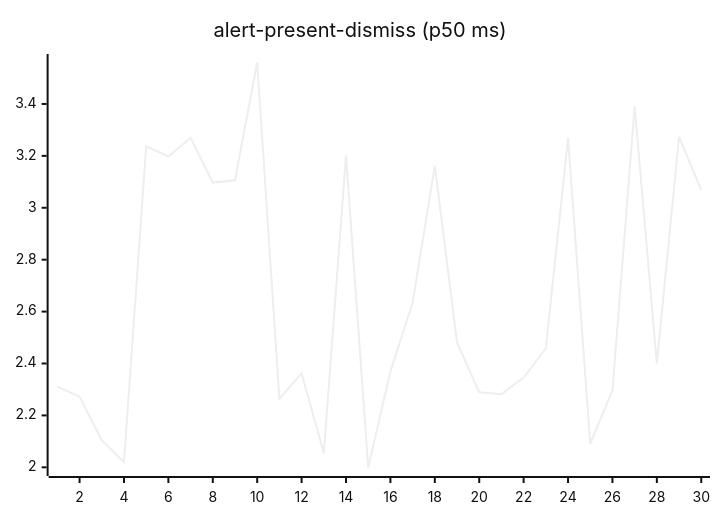
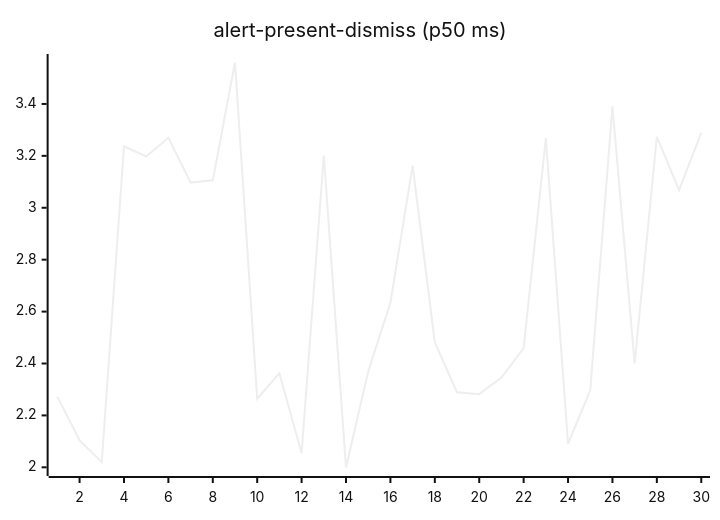
One commit to josha/Facet changed the second of 27 diagrams in README.md. Above: the diagram before and after it, drawn with Mermaid (neutral theme). The commit also changed other lines of this file and 2 other files, not shown here.

````diff
--- a/README.md
+++ b/README.md
@@ -70,6 +70,6 @@
 ```mermaid
 xychart-beta
     title "alert-present-dismiss (p50 ms)"
     x-axis 1 --> 30
-    line [2.3109, 2.2722, 2.1040, 2.0200, 3.2371, 3.1976, 3.2697, 3.0970, 3.1061, 3.5597, 2.2642, 2.3626, 2.0543, 3.2013, 1.9993, 2.3689, 2.6340, 3.1626, 2.4814, 2.2888, 2.2819, 2.3455, 2.4588, 3.2682, 2.0908, 2.2965, 3.3910, 2.4000, 3.2732, 3.0684]
+    line [2.2722, 2.1040, 2.0200, 3.2371, 3.1976, 3.2697, 3.0970, 3.1061, 3.5597, 2.2642, 2.3626, 2.0543, 3.2013, 1.9993, 2.3689, 2.6340, 3.1626, 2.4814, 2.2888, 2.2819, 2.3455, 2.4588, 3.2682, 2.0908, 2.2965, 3.3910, 2.4000, 3.2732, 3.0684, 3.2888]
 ```
````
